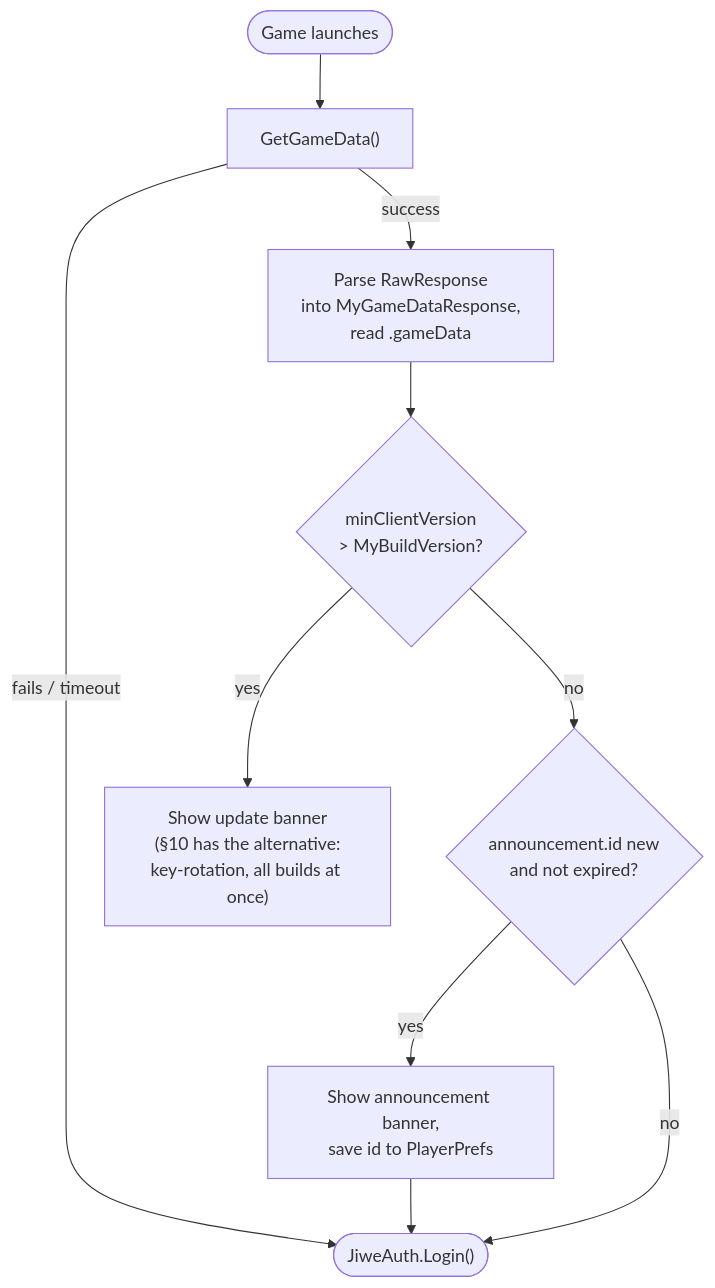
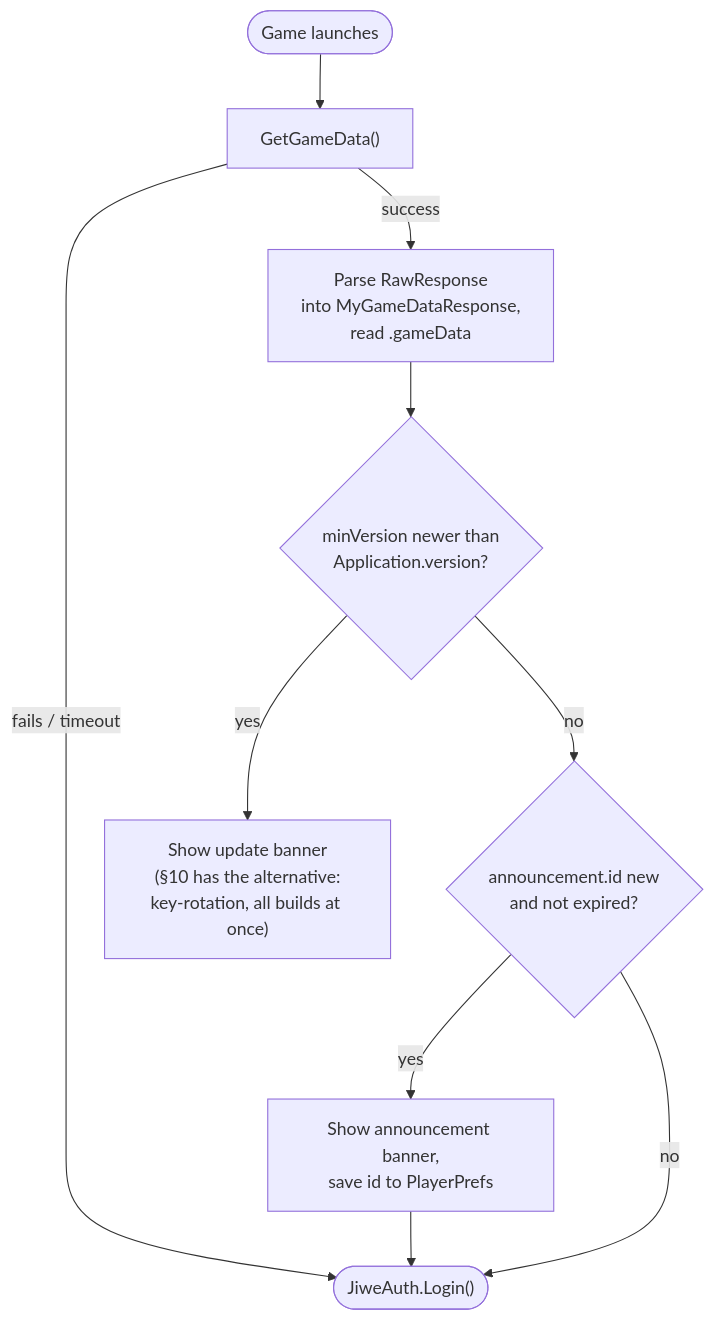
Before and after one commit to Jiwe-Studio/wallet-sdk-unity: the fifth of 5 diagrams in README.md, drawn with Mermaid. The commit also changed other lines of this file and 2 other files, not shown here.

````diff
--- a/README.md
+++ b/README.md
@@ -615,12 +794,12 @@
 ```mermaid
 flowchart TD
     Start([Game launches]) --> Fetch["GetGameData()"]
     Fetch -- "fails / timeout" --> Proceed
     Fetch -- success --> Parse["Parse RawResponse\ninto MyGameDataResponse,\nread .gameData"]
-    Parse --> VerCheck{"minClientVersion\n> MyBuildVersion?"}
+    Parse --> VerCheck{"minVersion newer than\nApplication.version?"}
     VerCheck -- yes --> Block["Show update banner\n(§10 has the alternative:\nkey-rotation, all builds at once)"]
     VerCheck -- no --> AnnCheck{"announcement.id new\nand not expired?"}
     AnnCheck -- yes --> ShowAnn["Show announcement banner,\nsave id to PlayerPrefs"]
     AnnCheck -- no --> Proceed
     ShowAnn --> Proceed(["JiweAuth.Login()"])
 ```
````
